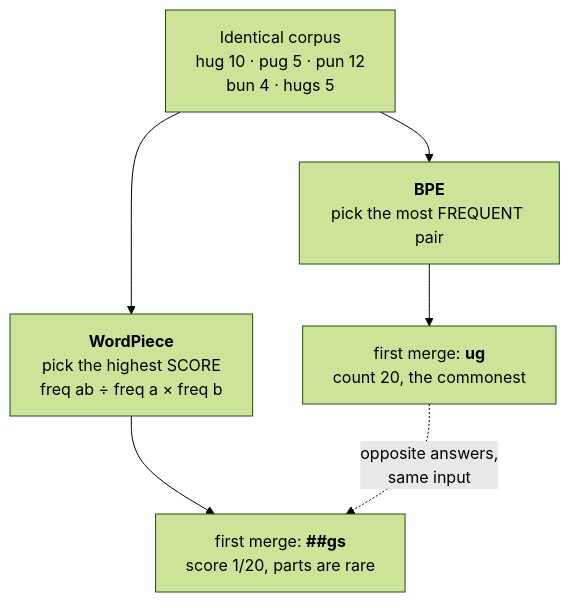
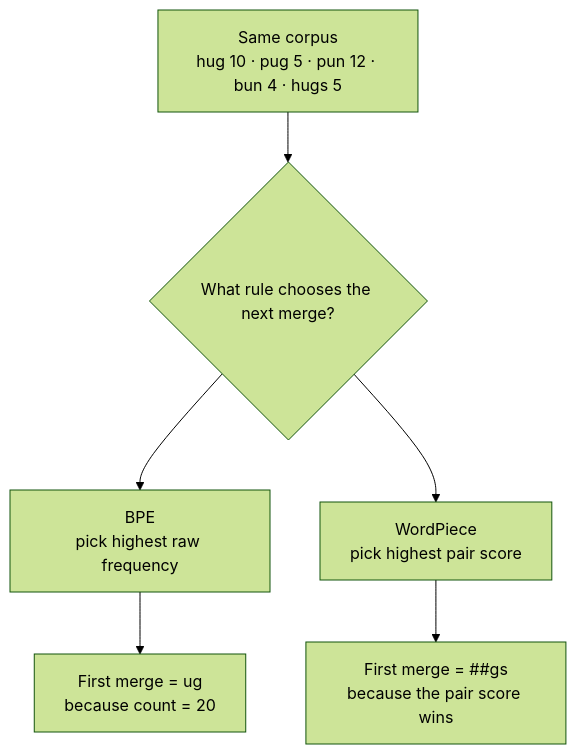
One commit to sanjaykumarpushadapu/MTech changed the fifth of 7 diagrams in 2026-2027-Sem1/_shared/tokenization.md. Above: the diagram before and after it, drawn with Mermaid (forest theme). The commit also changed other lines of this file, not shown here.

````diff
--- a/2026-2027-Sem1/_shared/tokenization.md
+++ b/2026-2027-Sem1/_shared/tokenization.md
@@ -304,9 +308,9 @@
 ```mermaid
 flowchart TD
-    CORP["Identical corpus<br/>hug 10 · pug 5 · pun 12<br/>bun 4 · hugs 5"]
-    CORP --> BPE["<b>BPE</b><br/>pick the most FREQUENT pair"]
-    CORP --> WP["<b>WordPiece</b><br/>pick the highest SCORE<br/>freq ab ÷ freq a × freq b"]
-    BPE --> B1["first merge: <b>ug</b><br/>count 20, the commonest"]
-    WP --> W1["first merge: <b>##gs</b><br/>score 1/20, parts are rare"]
-    B1 -.->|"opposite answers,<br/>same input"| W1
+    CORP["Same corpus<br/>hug 10 · pug 5 · pun 12 · bun 4 · hugs 5"]
+    CORP --> PICK{"What rule chooses the next merge?"}
+    PICK --> BPE["BPE<br/>pick highest raw frequency"]
+    PICK --> WP["WordPiece<br/>pick highest pair score"]
+    BPE --> B1["First merge = ug<br/>because count = 20"]
+    WP --> W1["First merge = ##gs<br/>because the pair score wins"]
 ```
````
